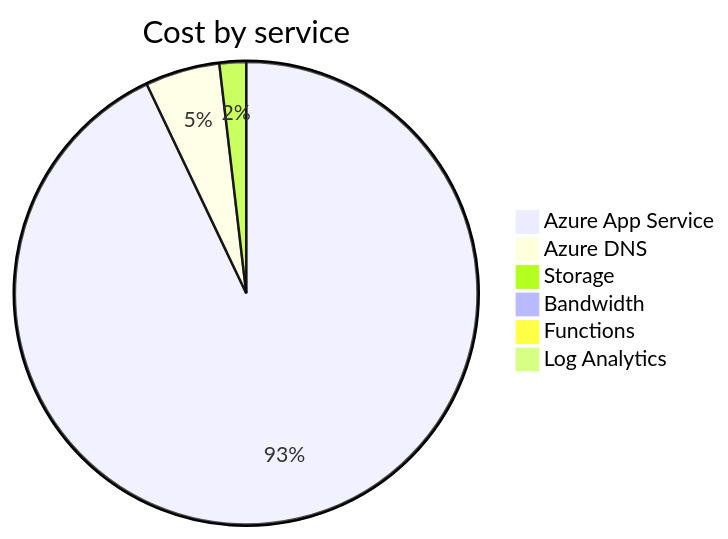
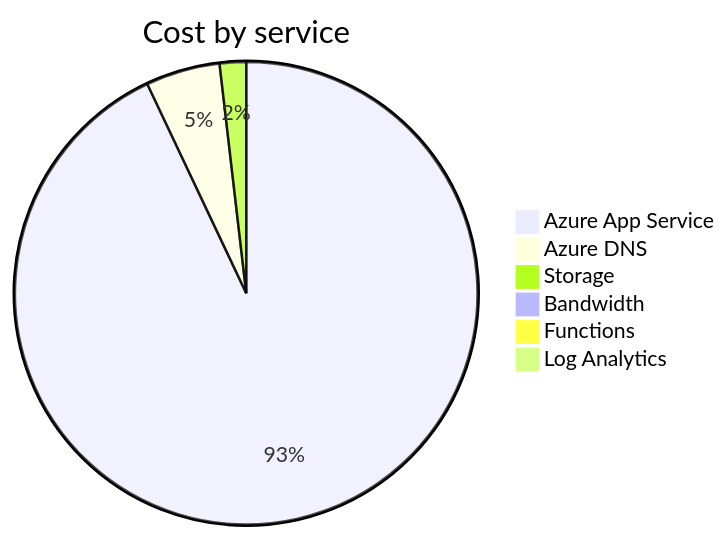
Before and after one commit to jpfulton/azure-personal-reports: the second of 4 diagrams in cost-reports/accumulated-cost.md, drawn with Mermaid. The commit also changed other lines of this file and 4 other files, not shown here.

````diff
--- a/cost-reports/accumulated-cost.md
+++ b/cost-reports/accumulated-cost.md
@@ -98,10 +98,10 @@
 ```mermaid
 pie
    title Cost by service
-   "Azure App Service" : 9.99
-   "Azure DNS" : 0.56
-   "Storage" : 0.20
+   "Azure App Service" : 10.58
+   "Azure DNS" : 0.59
+   "Storage" : 0.21
    "Bandwidth" : 0.00
    "Functions" : 0.00
    "Log Analytics" : 0.00
 ```
````
